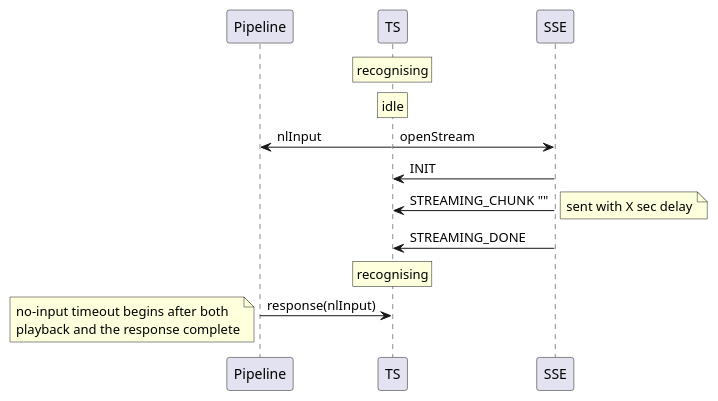
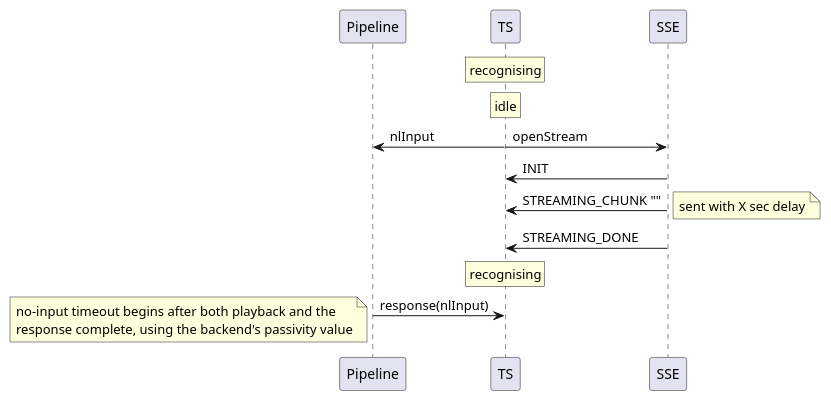
One commit to Talkamatic/tala-speech changed the third of 3 diagrams in README.org. Above: the diagram before and after it, drawn with PlantUML. The commit also changed other lines of this file and 3 other files, not shown here.

First line of the commit message:
fix: honor backend passivity timeout policy

```diff
--- a/README.org
+++ b/README.org
@@ -122,24 +116,24 @@
 #+begin_src plantuml :results output replace :file docs/diagrams/stream-and-tdm.svg :exports results
   skinparam defaultFontName Helvetica
   !pragma teoz true
   participant Pipeline
   participant TS
   participant SSE
   rnote over TS: recognising
   rnote over TS: idle
   TS -> Pipeline: nlInput
   &  TS -> SSE: openStream
   SSE -> TS: INIT
   SSE -> TS: STREAMING_CHUNK ""
   note right
     sent with X sec delay
   end note
   SSE -> TS: STREAMING_DONE
   rnote over TS: recognising
   Pipeline -> TS: response(nlInput)
   note left
-    no-input timeout begins after both
-    playback and the response complete
+    no-input timeout begins after both playback and the
+    response complete, using the backend's passivity value
   end note
 
 #+end_src
```
